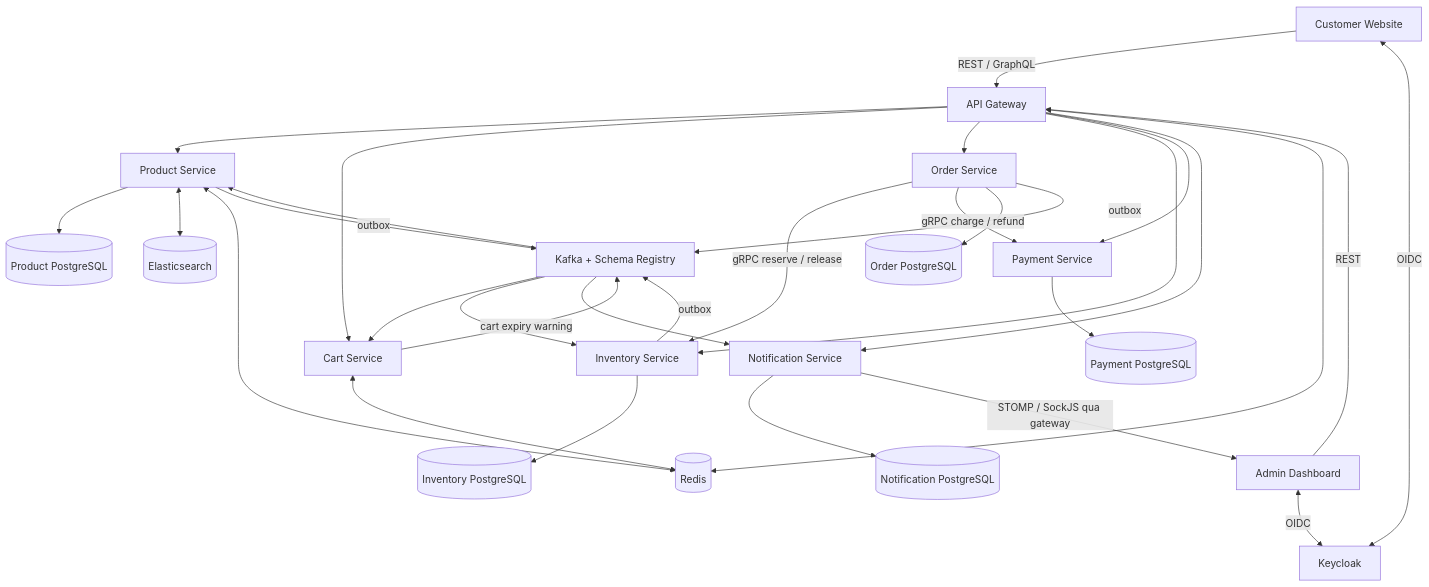
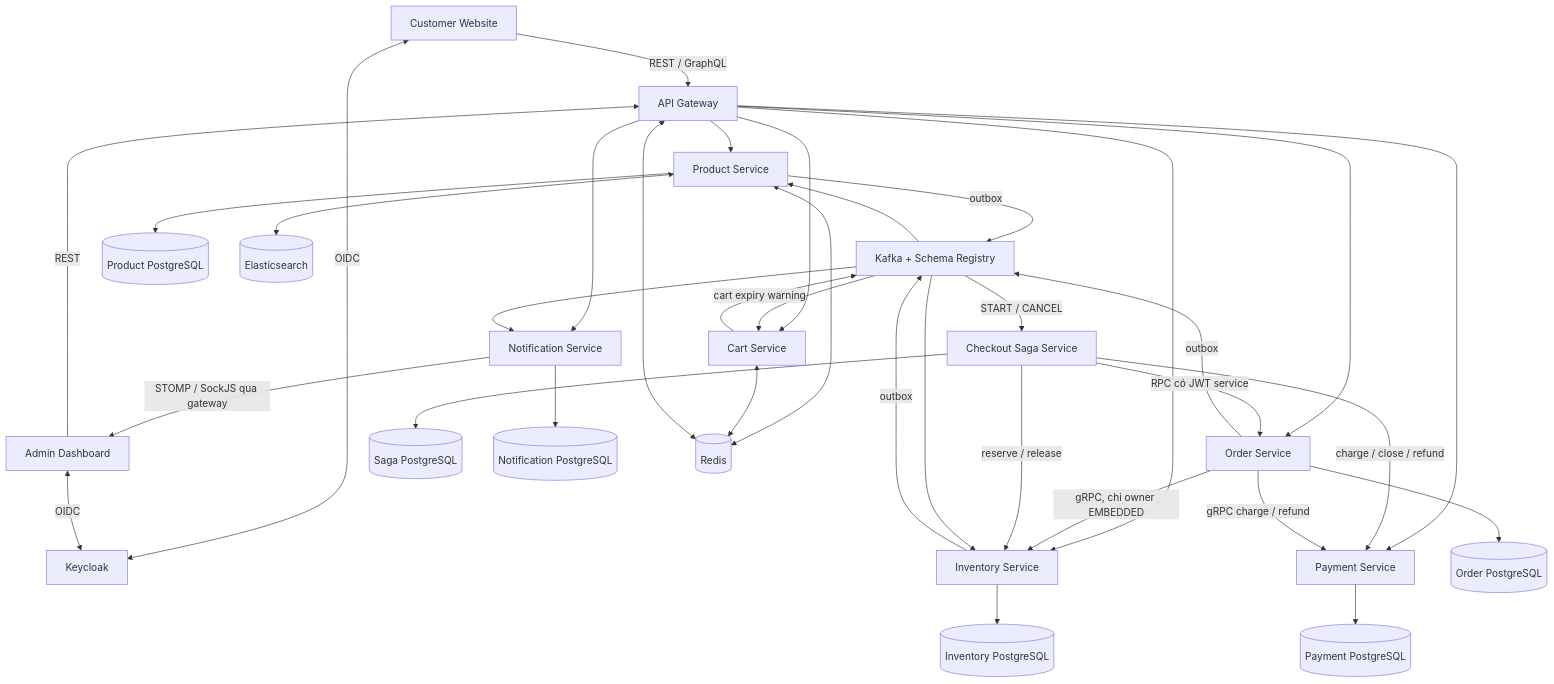
One commit to tuanpm2026/robo-mart changed the first of 7 diagrams in docs/development-system-flow.md. Above: the diagram before and after it, drawn with Mermaid. The commit also changed other lines of this file and 141 other files, not shown here.

First line of the commit message:
Extract durable checkout Saga orchestration service

````diff
--- a/docs/development-system-flow.md
+++ b/docs/development-system-flow.md
@@ -46,33 +46,38 @@
 ```mermaid
 flowchart TB
     C[Customer Website] -->|REST / GraphQL| G[API Gateway]
     A[Admin Dashboard] -->|REST| G
     C <-->|OIDC| K[Keycloak]
     A <-->|OIDC| K
     G --> P[Product Service]
     G --> CA[Cart Service]
     G --> O[Order Service]
     G --> I[Inventory Service]
     G --> PA[Payment Service]
     G --> N[Notification Service]
-    O -->|gRPC reserve / release| I
+    O -->|gRPC, chỉ owner EMBEDDED| I
+    Q -->|START / CANCEL| S[Checkout Saga Service]
+    S -->|RPC có JWT service| O
+    S -->|reserve / release| I
+    S -->|charge / close / refund| PA
+    S --> SD[(Saga PostgreSQL)]
     O -->|gRPC charge / refund| PA
     P --> PD[(Product PostgreSQL)]
     O --> OD[(Order PostgreSQL)]
     I --> ID[(Inventory PostgreSQL)]
     PA --> PAD[(Payment PostgreSQL)]
     N --> ND[(Notification PostgreSQL)]
     P <--> ES[(Elasticsearch)]
     P <--> R[(Redis)]
     CA <--> R
     G <--> R
     P -->|outbox| Q[Kafka + Schema Registry]
     O -->|outbox| Q
     I -->|outbox| Q
     CA -->|cart expiry warning| Q
     Q --> P
     Q --> CA
     Q --> I
     Q --> N
     N -->|STOMP / SockJS qua gateway| A
 ```
````
